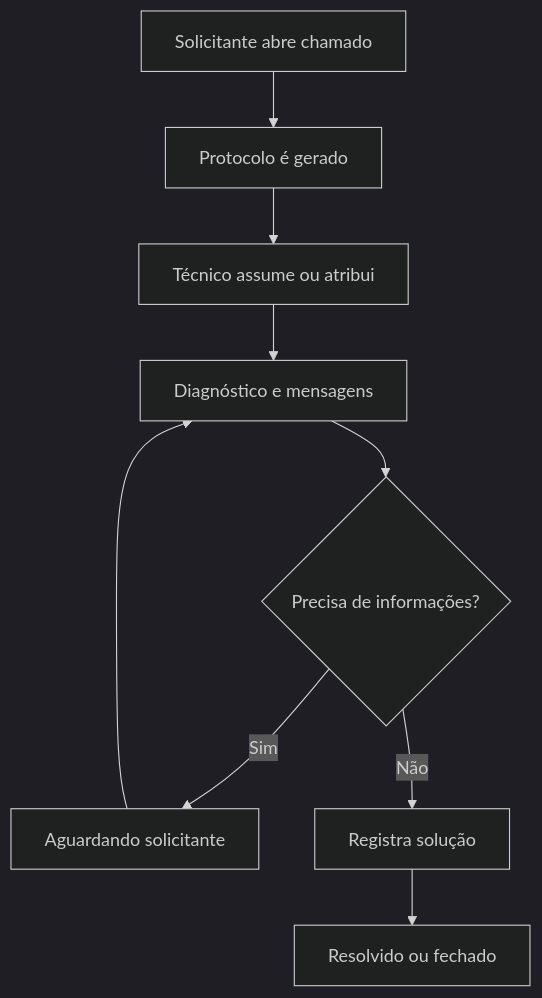
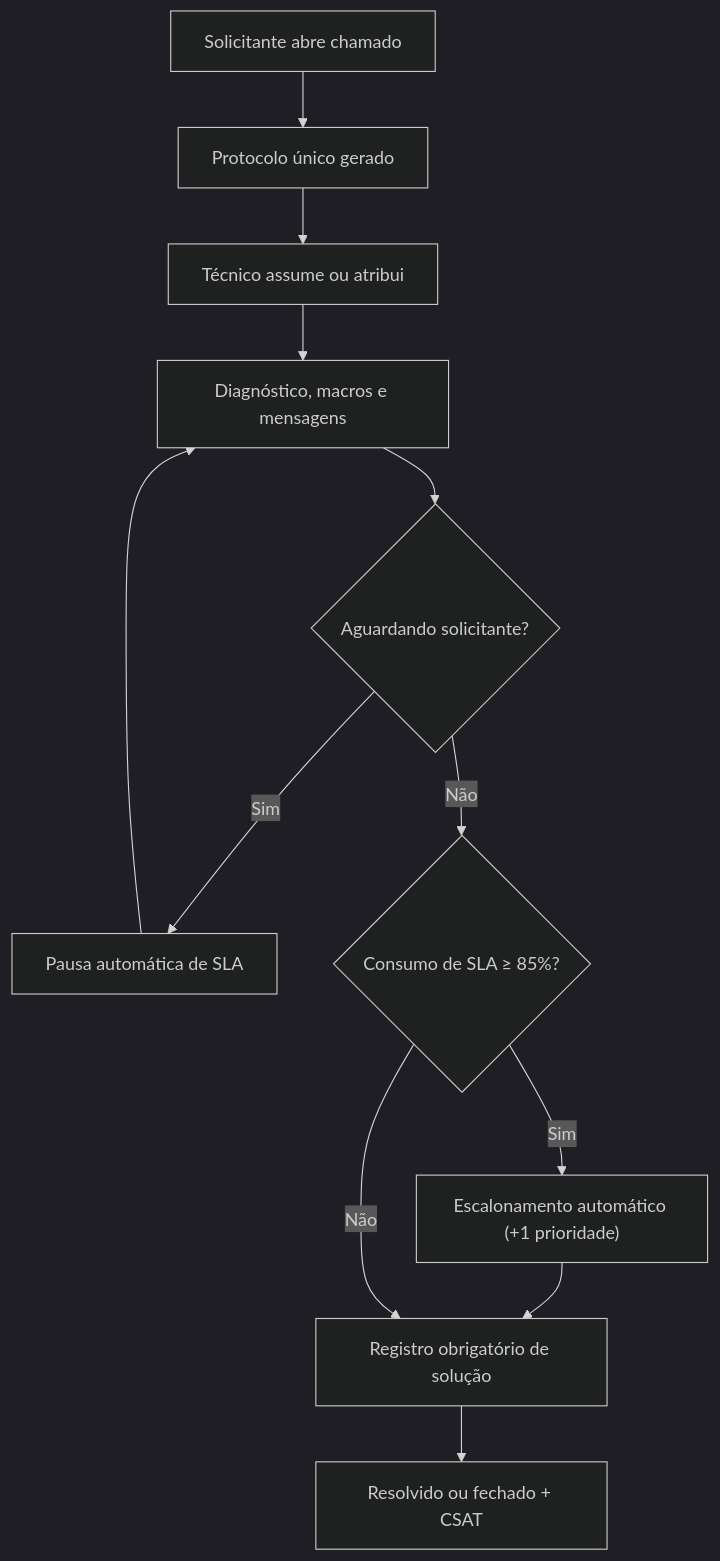
One commit to samu0752/sxs-ti changed the first of 4 diagrams in docs/DIAGRAMAS.md. Above: the diagram before and after it, drawn with Mermaid (dark theme). The commit also changed other lines of this file and 1 other file, not shown here.

Commit message:
docs: atualize os diagramas e os controles da versão 1.1.0

````diff
--- a/docs/DIAGRAMAS.md
+++ b/docs/DIAGRAMAS.md
@@ -5,11 +5,14 @@
-~~~mermaid
+```mermaid
 flowchart TD
-    A["Solicitante abre chamado"] --> B["Protocolo é gerado"]
+    A["Solicitante abre chamado"] --> B["Protocolo único gerado"]
     B --> C["Técnico assume ou atribui"]
-    C --> D["Diagnóstico e mensagens"]
-    D --> E{"Precisa de informações?"}
-    E -->|Sim| F["Aguardando solicitante"]
+    C --> D["Diagnóstico, macros e mensagens"]
+    D --> E{"Aguardando solicitante?"}
+    E -->|Sim| F["Pausa automática de SLA"]
     F --> D
-    E -->|Não| G["Registra solução"]
-    G --> H["Resolvido ou fechado"]
-~~~
+    E -->|Não| G{"Consumo de SLA ≥ 85%?"}
+    G -->|Sim| H["Escalonamento automático (+1 prioridade)"]
+    H --> I["Registro obrigatório de solução"]
+    G -->|Não| I
+    I --> J["Resolvido ou fechado + CSAT"]
+```
````
